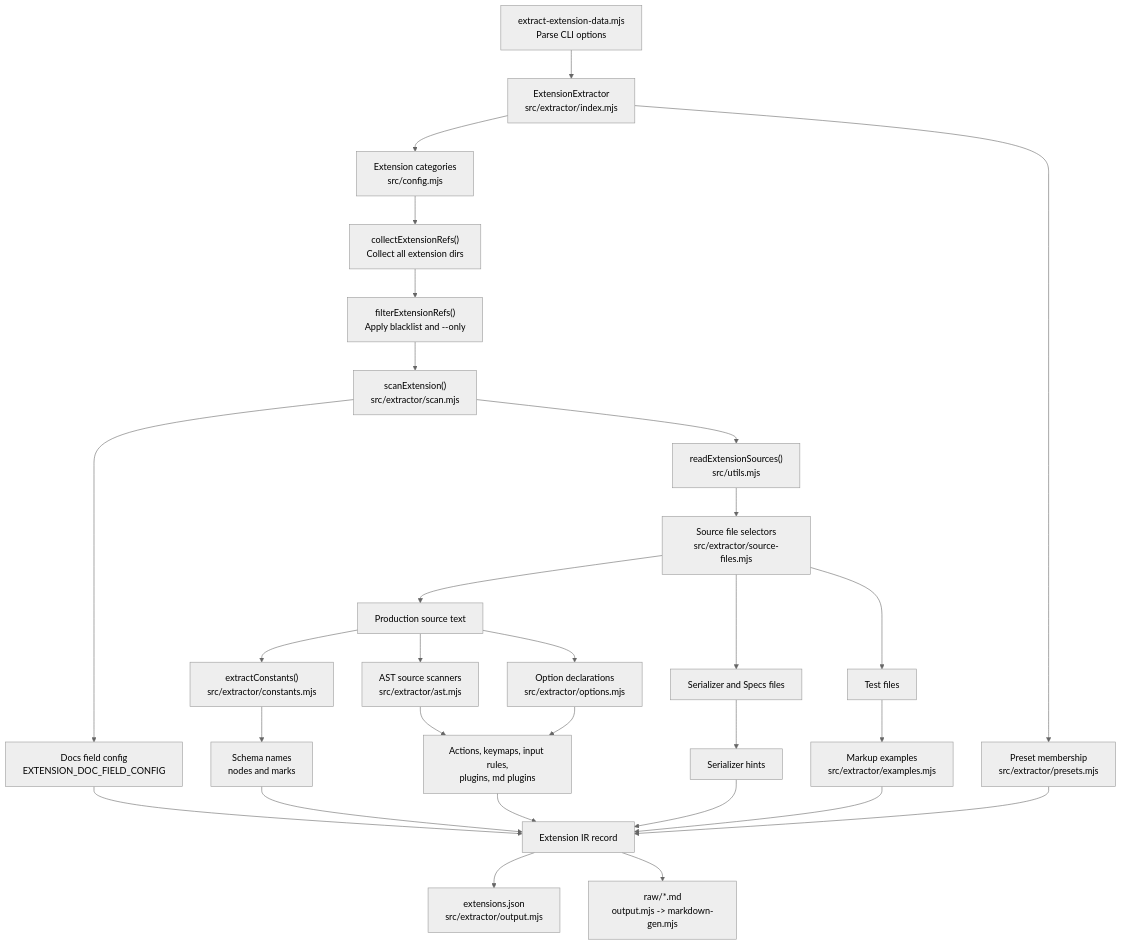
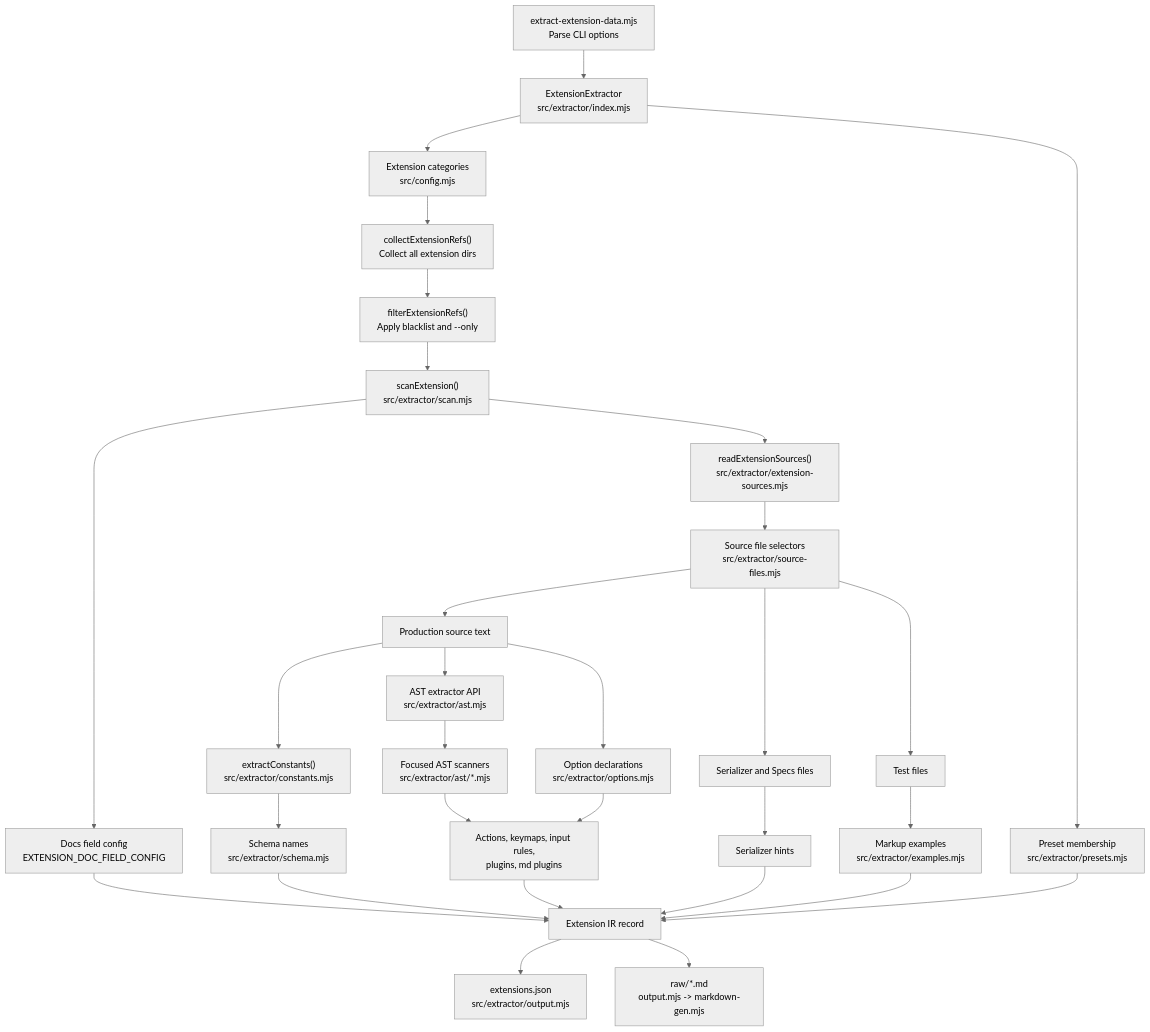
Before and after one commit to gravity-ui/markdown-editor: the diagram in infra/docs-gen/EXTRACTION_PIPELINE.md, drawn with Mermaid (neutral theme). The commit also changed other lines of this file and 40 other files, not shown here.

````diff
--- a/infra/docs-gen/EXTRACTION_PIPELINE.md
+++ b/infra/docs-gen/EXTRACTION_PIPELINE.md
@@ -3,35 +3,36 @@
 ```mermaid
 flowchart TD
     CLI["extract-extension-data.mjs<br/>Parse CLI options"] --> Extractor["ExtensionExtractor<br/>src/extractor/index.mjs"]
     Extractor --> Categories["Extension categories<br/>src/config.mjs"]
     Categories --> Collect["collectExtensionRefs()<br/>Collect all extension dirs"]
     Collect --> Filter["filterExtensionRefs()<br/>Apply blacklist and --only"]
     Filter --> Scan["scanExtension()<br/>src/extractor/scan.mjs"]
 
     Scan --> FieldConfig["Docs field config<br/>EXTENSION_DOC_FIELD_CONFIG"]
-    Scan --> Files["readExtensionSources()<br/>src/utils.mjs"]
+    Scan --> Files["readExtensionSources()<br/>src/extractor/extension-sources.mjs"]
     Files --> Selectors["Source file selectors<br/>src/extractor/source-files.mjs"]
     Selectors --> SourceText["Production source text"]
     Selectors --> TestFiles["Test files"]
     Selectors --> SerializerFiles["Serializer and Specs files"]
 
     SourceText --> Constants["extractConstants()<br/>src/extractor/constants.mjs"]
-    SourceText --> AstScanners["AST source scanners<br/>src/extractor/ast.mjs"]
+    SourceText --> AstBarrel["AST extractor API<br/>src/extractor/ast.mjs"]
+    AstBarrel --> AstScanners["Focused AST scanners<br/>src/extractor/ast/*.mjs"]
     SourceText --> Options["Option declarations<br/>src/extractor/options.mjs"]
     SerializerFiles --> SerializerHints["Serializer hints"]
     TestFiles --> MarkupExamples["Markup examples<br/>src/extractor/examples.mjs"]
 
-    Constants --> Schema["Schema names<br/>nodes and marks"]
+    Constants --> Schema["Schema names<br/>src/extractor/schema.mjs"]
     AstScanners --> ExtractedFields["Actions, keymaps, input rules,<br/>plugins, md plugins"]
     Options --> ExtractedFields
     FieldConfig --> IR["Extension IR record"]
     Schema --> IR
     ExtractedFields --> IR
     SerializerHints --> IR
     MarkupExamples --> IR
 
     Extractor --> Presets["Preset membership<br/>src/extractor/presets.mjs"]
     Presets --> IR
     IR --> JsonOut["extensions.json<br/>src/extractor/output.mjs"]
     IR --> MarkdownOut["raw/*.md<br/>output.mjs -> markdown-gen.mjs"]
 ```
````
